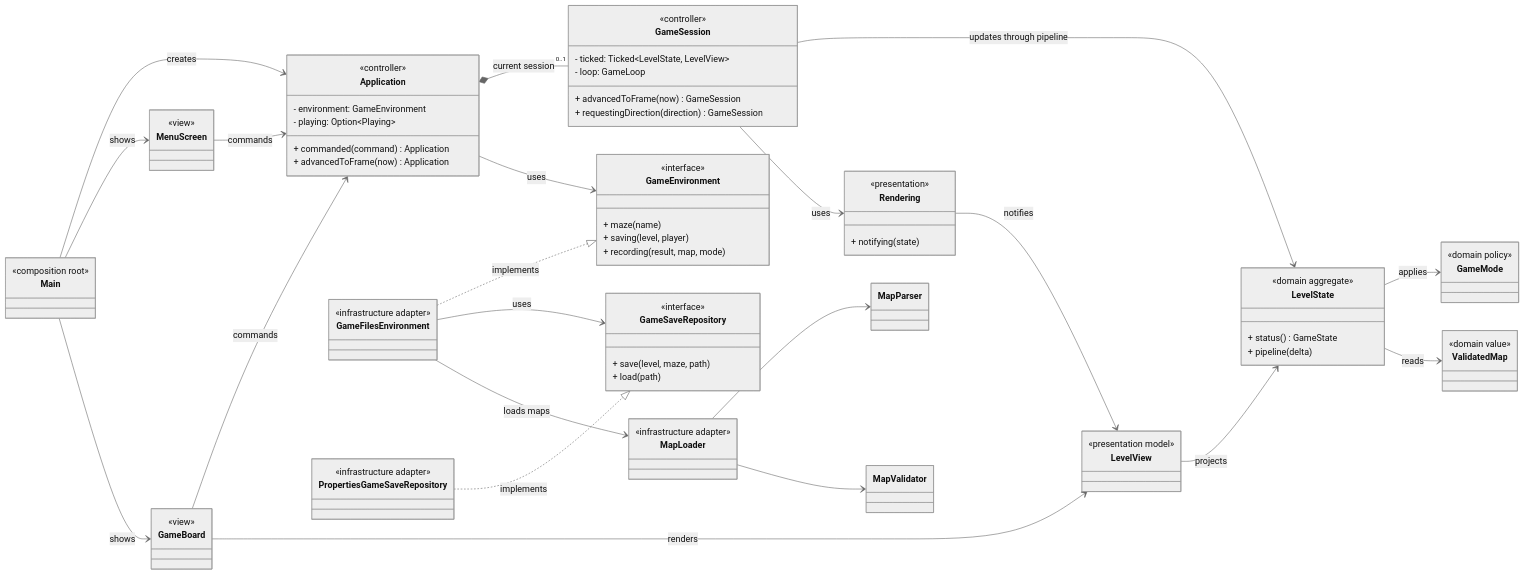
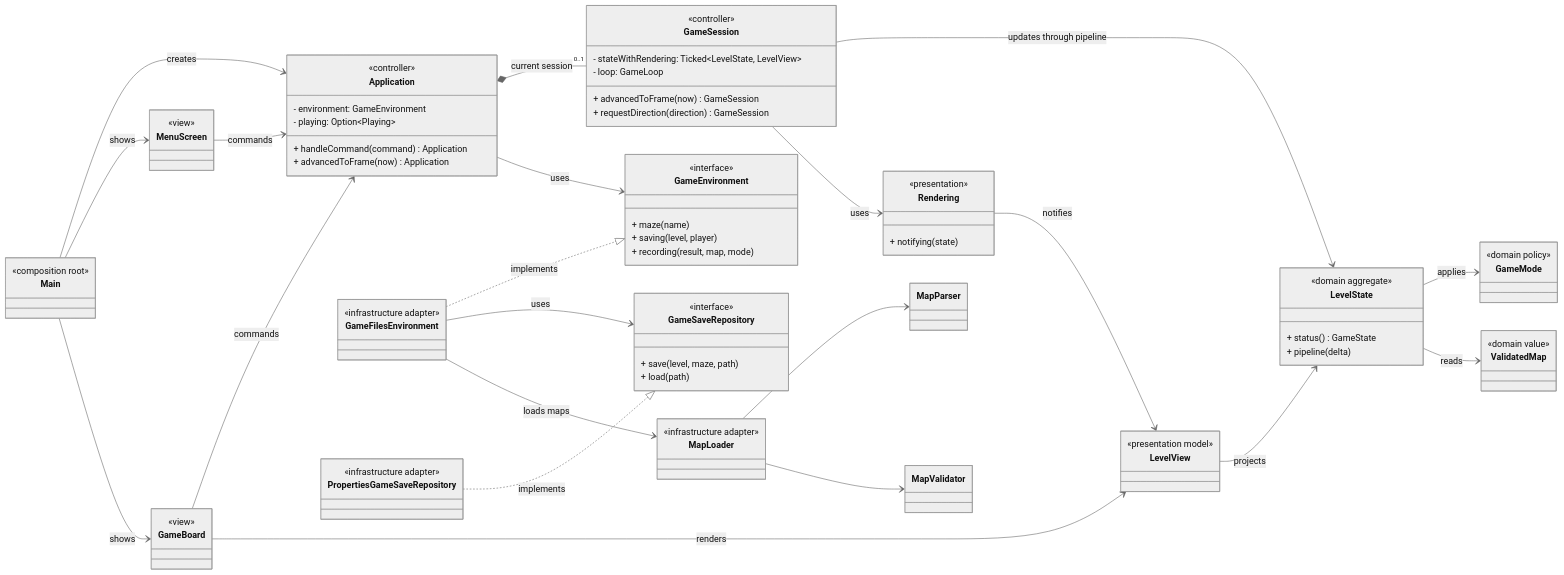
One commit to PPS-25/PPS-25-scala-man changed the diagram in docs/uml/application-class-diagram.mmd. Above: the diagram before and after it, drawn with Mermaid. The commit also changed 7 other files, not shown here.

Commit message:
refactor: clarify application UI flow

```diff
--- a/docs/uml/application-class-diagram.mmd
+++ b/docs/uml/application-class-diagram.mmd
@@ -1,88 +1,88 @@
 %%{init: {"theme": "neutral"}}%%
 classDiagram
 direction LR
 
 class Main {
   <<composition root>>
 }
 class MenuScreen {
   <<view>>
 }
 class GameBoard {
   <<view>>
 }
 class Application {
   <<controller>>
   - environment: GameEnvironment
   - playing: Option~Playing~
-  + commanded(command) Application
+  + handleCommand(command) Application
   + advancedToFrame(now) Application
 }
 class GameSession {
   <<controller>>
-  - ticked: Ticked~LevelState, LevelView~
+  - stateWithRendering: Ticked~LevelState, LevelView~
   - loop: GameLoop
   + advancedToFrame(now) GameSession
-  + requestingDirection(direction) GameSession
+  + requestDirection(direction) GameSession
 }
 class GameEnvironment {
   <<interface>>
   + maze(name)
   + saving(level, player)
   + recording(result, map, mode)
 }
 class LevelView {
   <<presentation model>>
 }
 class Rendering {
   <<presentation>>
   + notifying(state)
 }
 class LevelState {
   <<domain aggregate>>
   + status() GameState
   + pipeline(delta)
 }
 class GameMode {
   <<domain policy>>
 }
 class ValidatedMap {
   <<domain value>>
 }
 class GameFilesEnvironment {
   <<infrastructure adapter>>
 }
 class GameSaveRepository {
   <<interface>>
   + save(level, maze, path)
   + load(path)
 }
 class PropertiesGameSaveRepository {
   <<infrastructure adapter>>
 }
 class MapLoader {
   <<infrastructure adapter>>
 }
 class MapParser
 class MapValidator
 
 Main --> Application : creates
 Main --> MenuScreen : shows
 Main --> GameBoard : shows
 MenuScreen --> Application : commands
 GameBoard --> Application : commands
 Application *-- "0..1" GameSession : current session
 Application --> GameEnvironment : uses
 GameSession --> LevelState : updates through pipeline
 GameSession --> Rendering : uses
 LevelState --> GameMode : applies
 LevelState --> ValidatedMap : reads
 LevelView --> LevelState : projects
 Rendering --> LevelView : notifies
 GameBoard --> LevelView : renders
 GameFilesEnvironment ..|> GameEnvironment : implements
 GameFilesEnvironment --> GameSaveRepository : uses
 PropertiesGameSaveRepository ..|> GameSaveRepository : implements
 GameFilesEnvironment --> MapLoader : loads maps
 MapLoader --> MapParser
 MapLoader --> MapValidator
```
